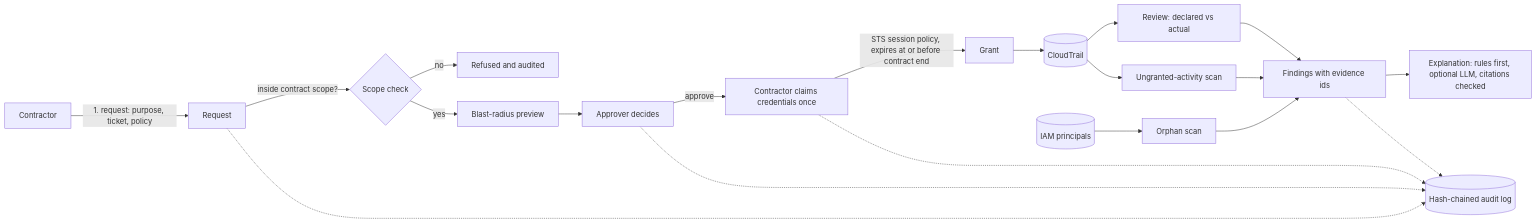
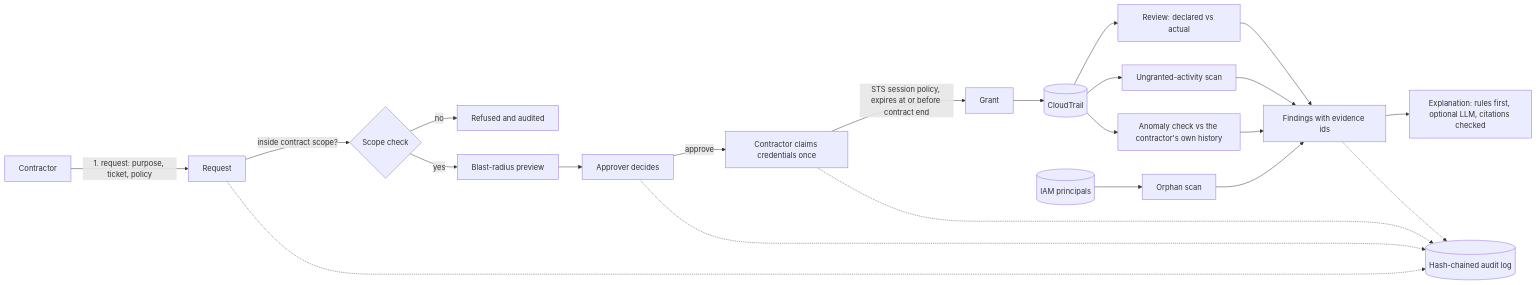
The diagram in README.md (sumansetty12/plumbline), drawn with Mermaid before and after one commit. The commit also changed other lines of this file and 15 other files, not shown here.

````diff
--- a/README.md
+++ b/README.md
@@ -11,22 +11,24 @@
 ```mermaid
 flowchart LR
     C[Contractor] -->|1. request: purpose, ticket, policy| R[Request]
     R -->|inside contract scope?| S{Scope check}
     S -->|no| X[Refused and audited]
     S -->|yes| B[Blast-radius preview]
     B --> A[Approver decides]
     A -->|approve| K[Contractor claims credentials once]
     K -->|STS session policy, expires at or before contract end| G[Grant]
     G --> T[(CloudTrail)]
     T --> V[Review: declared vs actual]
     I[(IAM principals)] --> O[Orphan scan]
     T --> U[Ungranted-activity scan]
+    T --> N[Anomaly check vs the contractor's own history]
     V --> F[Findings with evidence ids]
     O --> F
     U --> F
+    N --> F
     F --> E[Explanation: rules first, optional LLM, citations checked]
     R -.-> L[(Hash-chained audit log)]
     A -.-> L
     K -.-> L
     F -.-> L
 ```
````
